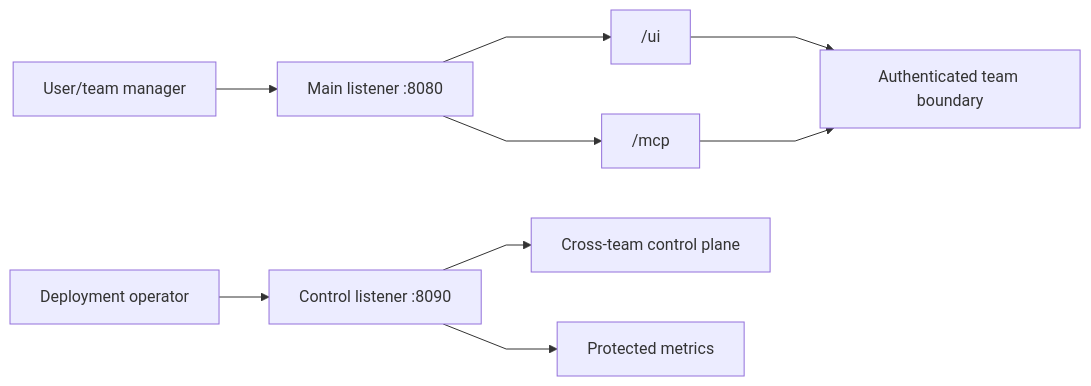
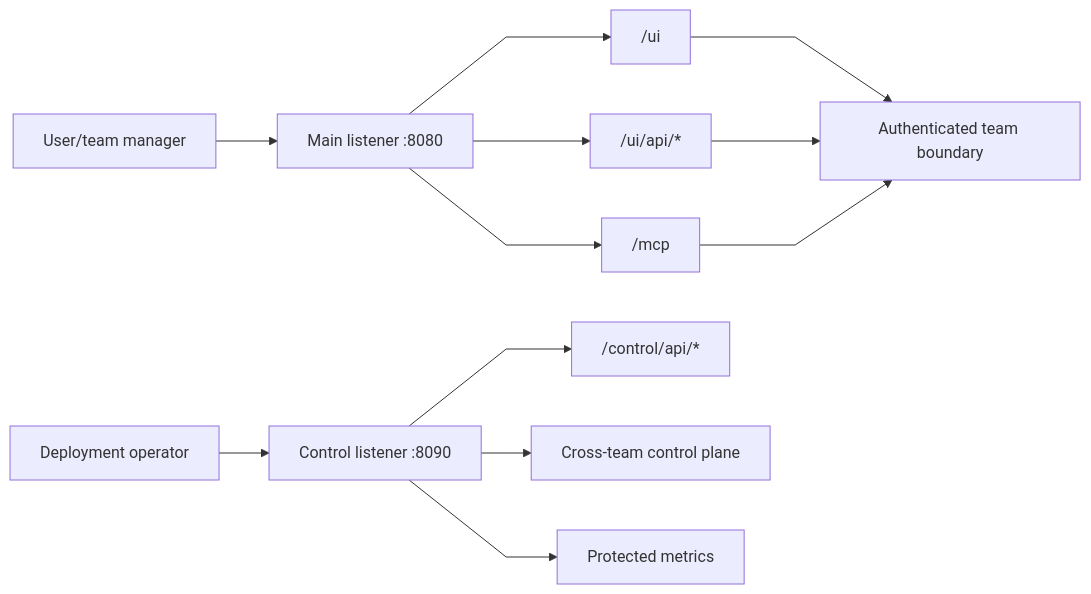
Before and after one commit to markhuangai/dense-mem: the first of 3 diagrams in Portals-And-API-Keys.md, drawn with Mermaid. The commit also changed other lines of this file and 13 other files, not shown here.

````diff
--- a/Portals-And-API-Keys.md
+++ b/Portals-And-API-Keys.md
@@ -15,13 +15,16 @@
 ```mermaid
 %%{init: {"flowchart": {"curve": "linear"}}}%%
 flowchart LR
   User["User/team manager"] --> Main["Main listener :8080"]
   Main --> UI["/ui"]
+  Main --> UserAPI["/ui/api/*"]
   Main --> MCP["/mcp"]
   UI --> Team["Authenticated team boundary"]
+  UserAPI --> Team
   MCP --> Team
 
   Operator["Deployment operator"] --> Control["Control listener :8090"]
+  Control --> ControlAPI["/control/api/*"]
   Control --> Admin["Cross-team control plane"]
   Control --> Metrics["Protected metrics"]
 ```
````
